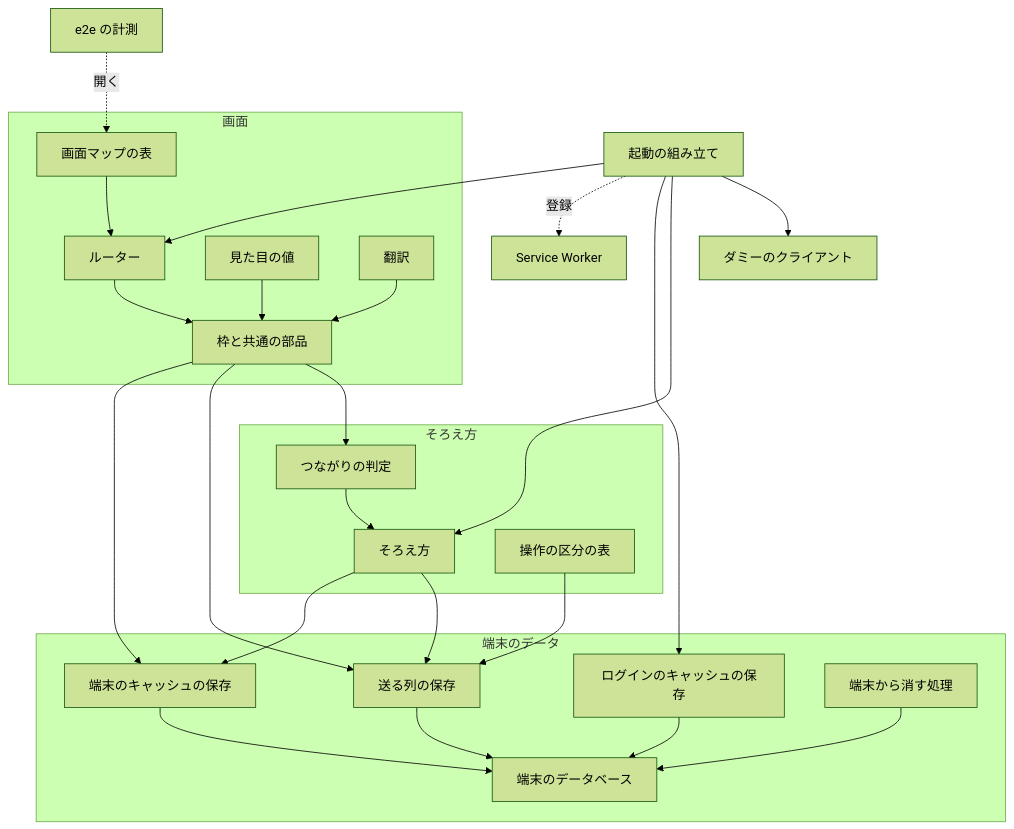
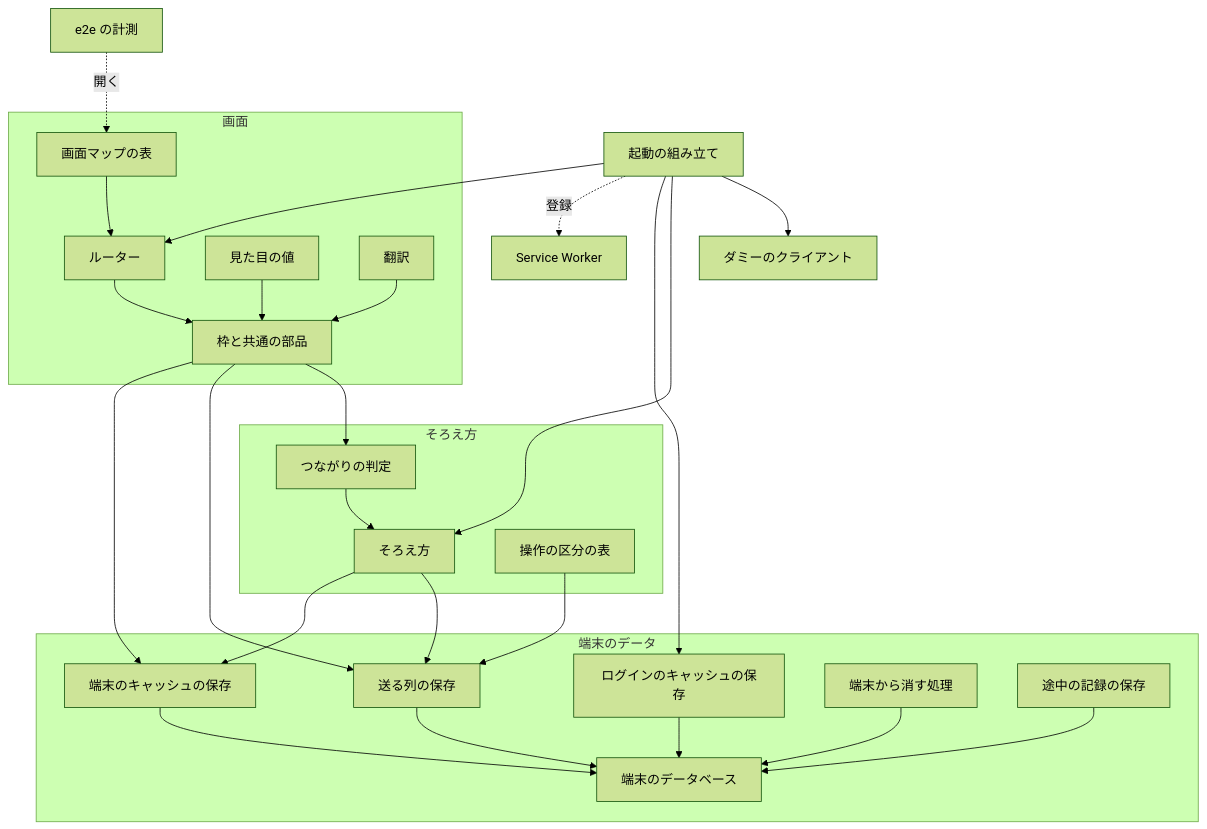
The third of 5 diagrams in issues/issue-12-design.md (devbasex/nd-factory), drawn with Mermaid (forest theme) before and after one commit. The commit also changed other lines of this file and 4 other files, not shown here.

````diff
--- a/issues/issue-12-design.md
+++ b/issues/issue-12-design.md
@@ -168,30 +180,31 @@
 ```mermaid
 graph TD
   CO["起動の組み立て"] -.登録.-> SW["Service Worker"]
   subgraph view["画面"]
     TB["画面マップの表"] --> RO["ルーター"] --> FR["枠と共通の部品"]
     TK["見た目の値"] --> FR
     TR["翻訳"] --> FR
   end
   subgraph device["端末のデータ"]
     DB["端末のデータベース"]
     CA["端末のキャッシュの保存"] --> DB
     OQ["送る列の保存"] --> DB
     LS["ログインのキャッシュの保存"] --> DB
     ER["端末から消す処理"] --> DB
+    PS["途中の記録の保存"] --> DB
   end
   subgraph syncg["そろえ方"]
     NET["つながりの判定"] --> SYN["そろえ方"]
     CLS["操作の区分の表"] --> OQ
   end
   CO --> RO
   CO --> LS
   CO --> SYN
   CO --> DUM["ダミーのクライアント"]
   SYN --> CA
   SYN --> OQ
   FR --> CA
   FR --> OQ
   FR --> NET
   ME["e2e の計測"] -.開く.-> TB
 ```
````
